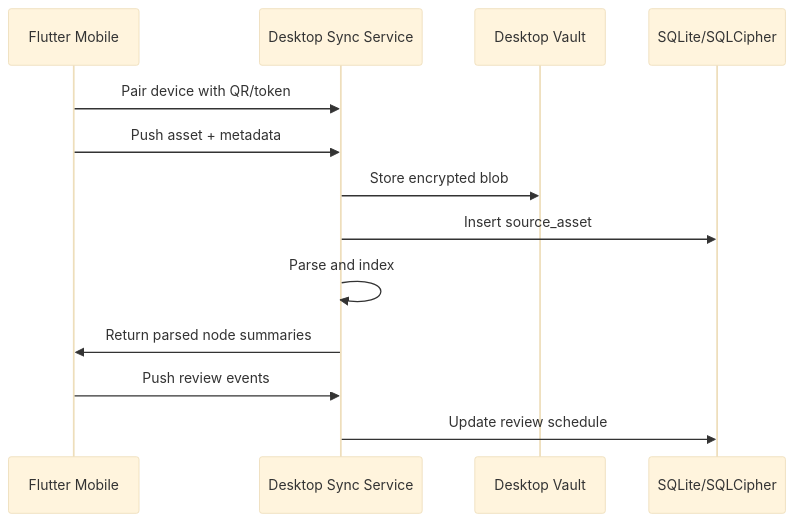
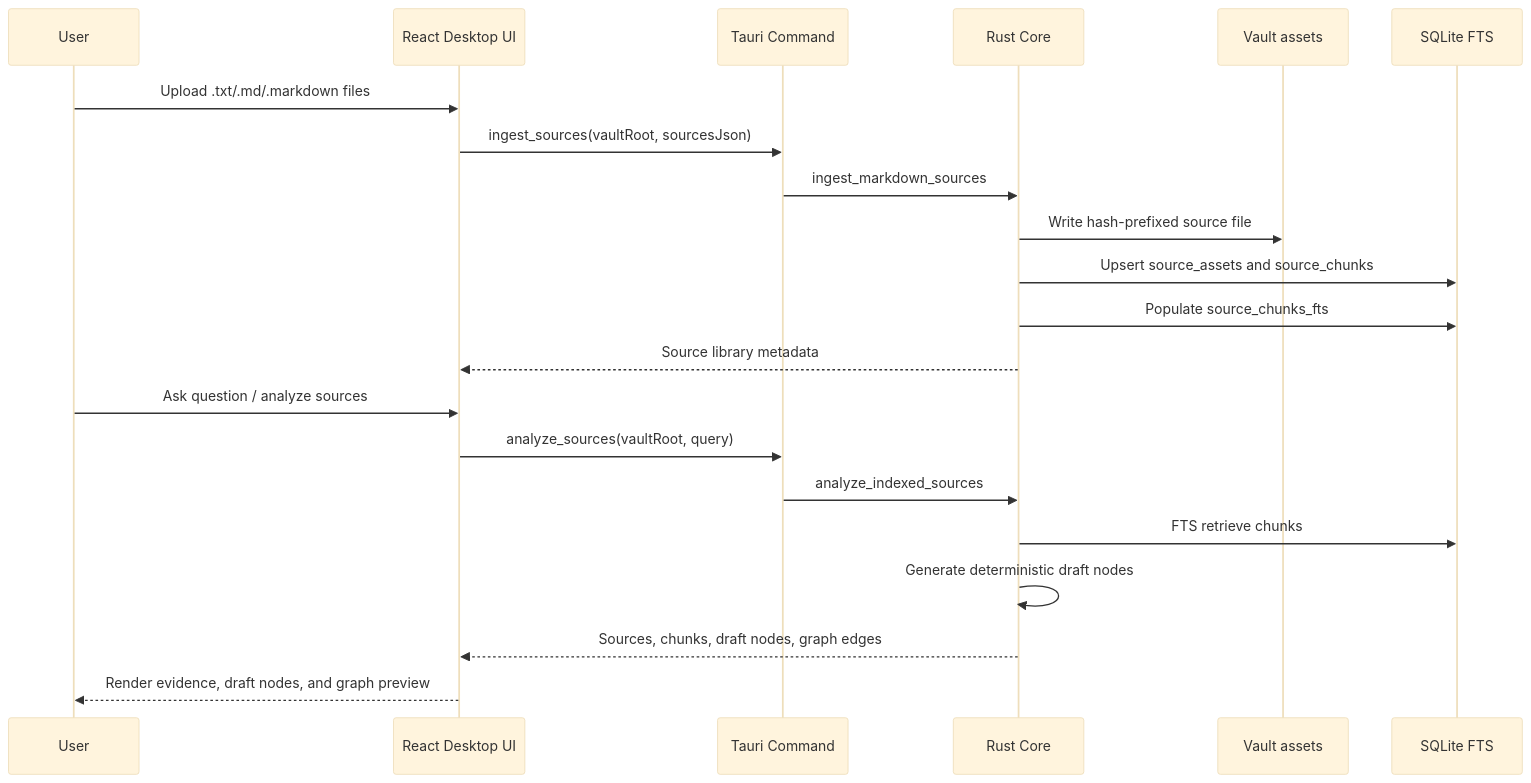
The second of 2 diagrams in CONTEXT.md (kiet-ta/personal-learning), drawn with Mermaid (base theme) before and after one commit. The commit also changed other lines of this file and 16 other files, not shown here.

Commit message:
feat(desktop): UI redesign, Note CRUD, hide graph, and macOS build preparation

````diff
--- a/CONTEXT.md
+++ b/CONTEXT.md
@@ -206,16 +354,24 @@
 ```mermaid
 sequenceDiagram
-  participant M as Flutter Mobile
-  participant D as Desktop Sync Service
-  participant V as Desktop Vault
-  participant DB as SQLite/SQLCipher
+  participant U as User
+  participant UI as React Desktop UI
+  participant T as Tauri Command
+  participant C as Rust Core
+  participant V as Vault assets
+  participant DB as SQLite FTS
 
-  M->>D: Pair device with QR/token
-  M->>D: Push asset + metadata
-  D->>V: Store encrypted blob
-  D->>DB: Insert source_asset
-  D->>D: Parse and index
-  D->>M: Return parsed node summaries
-  M->>D: Push review events
-  D->>DB: Update review schedule
+  U->>UI: Upload .txt/.md/.markdown files
+  UI->>T: ingest_sources(vaultRoot, sourcesJson)
+  T->>C: ingest_markdown_sources
+  C->>V: Write hash-prefixed source file
+  C->>DB: Upsert source_assets and source_chunks
+  C->>DB: Populate source_chunks_fts
+  C-->>UI: Source library metadata
+  U->>UI: Ask question / analyze sources
+  UI->>T: analyze_sources(vaultRoot, query)
+  T->>C: analyze_indexed_sources
+  C->>DB: FTS retrieve chunks
+  C->>C: Generate deterministic draft nodes
+  C-->>UI: Sources, chunks, draft nodes, graph edges
+  UI-->>U: Render evidence, draft nodes, and graph preview
 ```
````
